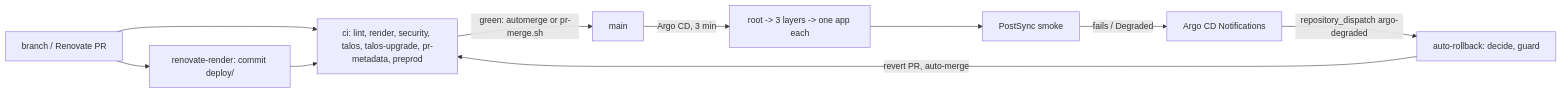
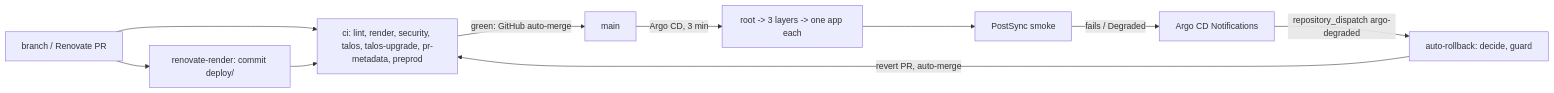
The diagram in .kiro/specs/gitops-delivery/design.md (ned-si/homelab), drawn with Mermaid before and after one commit. The commit also changed other lines of this file and 11 other files, not shown here.

First line of the commit message:
docs: merge through GitHub auto-merge (#1882)

````diff
--- a/.kiro/specs/gitops-delivery/design.md
+++ b/.kiro/specs/gitops-delivery/design.md
@@ -5,12 +5,12 @@
 ```mermaid
 flowchart LR
   B[branch / Renovate PR] --> RR[renovate-render: commit deploy/]
   B --> CI[ci: lint, render, security, talos, talos-upgrade, pr-metadata, preprod]
   RR --> CI
-  CI -->|green: automerge or pr-merge.sh| M[main]
+  CI -->|green: GitHub auto-merge| M[main]
   M -->|Argo CD, 3 min| L[root -> 3 layers -> one app each]
   L --> S[PostSync smoke]
   S -->|fails / Degraded| N[Argo CD Notifications]
   N -->|repository_dispatch argo-degraded| AR[auto-rollback: decide, guard]
   AR -->|revert PR, auto-merge| CI
 ```
````
